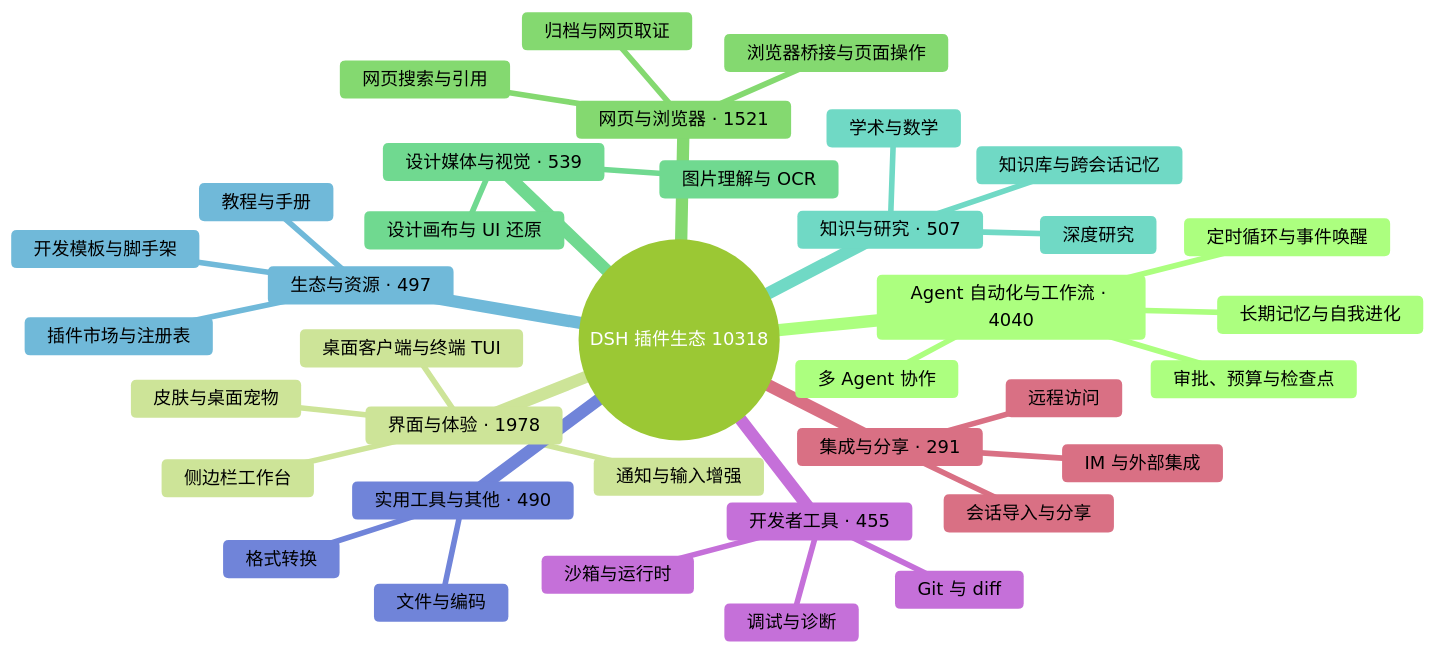
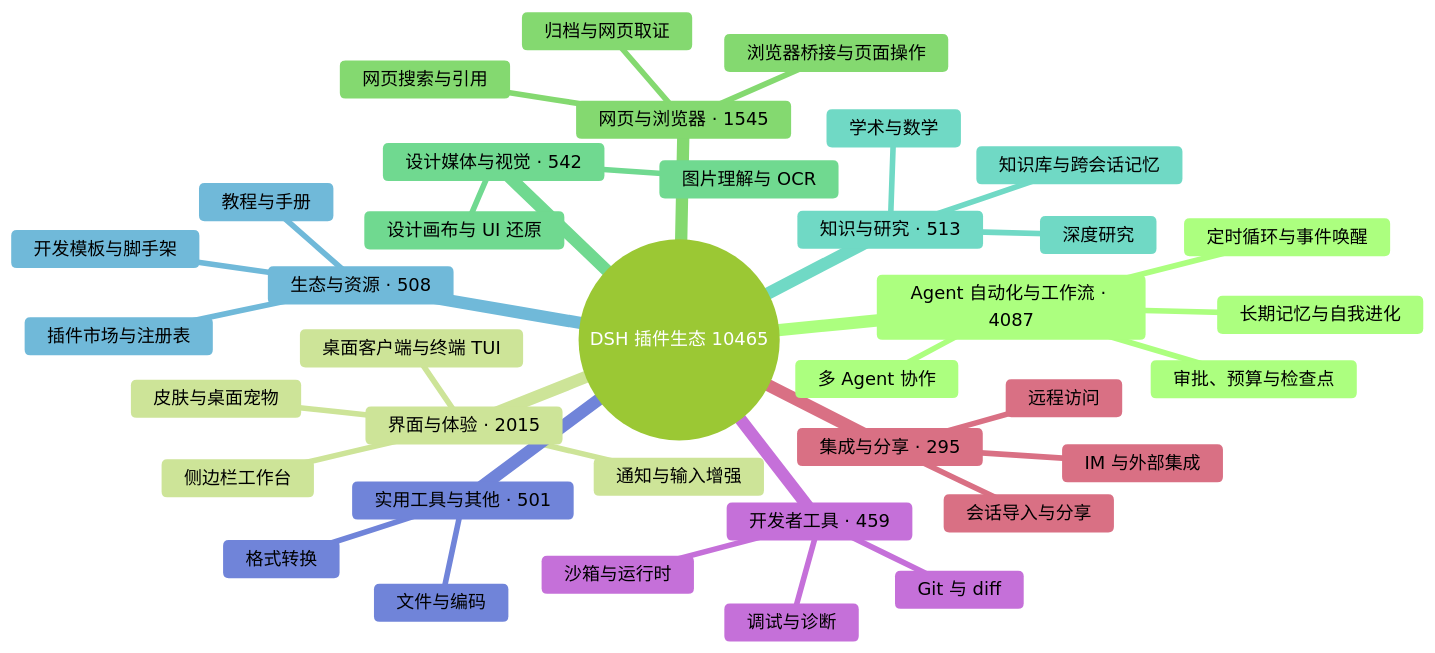
One commit to bruc3van/awesome-dsh-plugin changed the diagram in README.md. Above: the diagram before and after it, drawn with Mermaid (forest theme). The commit also changed other lines of this file and 20 other files, not shown here.

````diff
--- a/README.md
+++ b/README.md
@@ -33,40 +33,40 @@
 ```mermaid
 mindmap
-  root((DSH 插件生态 10318))
-    Agent 自动化与工作流 · 4040
+  root((DSH 插件生态 10465))
+    Agent 自动化与工作流 · 4087
       定时循环与事件唤醒
       多 Agent 协作
       长期记忆与自我进化
       审批、预算与检查点
-    界面与体验 · 1978
+    界面与体验 · 2015
       桌面客户端与终端 TUI
       侧边栏工作台
       皮肤与桌面宠物
       通知与输入增强
-    网页与浏览器 · 1521
+    网页与浏览器 · 1545
       浏览器桥接与页面操作
       网页搜索与引用
       归档与网页取证
-    设计媒体与视觉 · 539
+    设计媒体与视觉 · 542
       图片理解与 OCR
       设计画布与 UI 还原
-    知识与研究 · 507
+    知识与研究 · 513
       知识库与跨会话记忆
       深度研究
       学术与数学
-    生态与资源 · 497
+    生态与资源 · 508
       插件市场与注册表
       开发模板与脚手架
       教程与手册
-    实用工具与其他 · 490
+    实用工具与其他 · 501
       文件与编码
       格式转换
-    开发者工具 · 455
+    开发者工具 · 459
       Git 与 diff
       沙箱与运行时
       调试与诊断
-    集成与分享 · 291
+    集成与分享 · 295
       会话导入与分享
       远程访问
       IM 与外部集成
 ```
````
